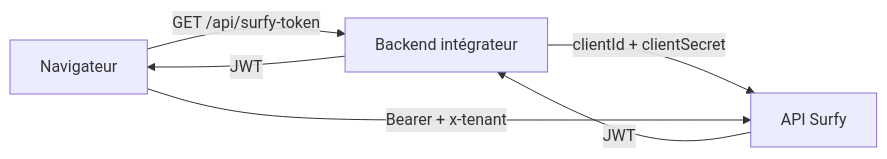
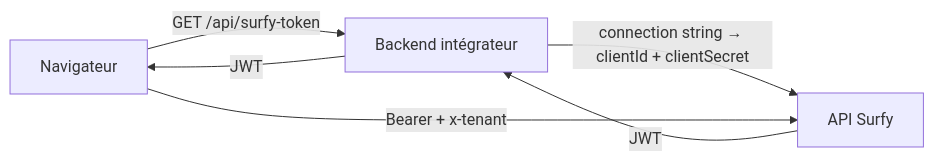
The diagram in entities/sdk/authentication.md (surfypro/surfy-help), drawn with Mermaid before and after one commit. The commit also changed other lines of this file and 5 other files, not shown here.

````diff
--- a/entities/sdk/authentication.md
+++ b/entities/sdk/authentication.md
@@ -12,12 +12,12 @@
 ```mermaid
 flowchart LR
   Browser["Navigateur"]
   Backend["Backend intégrateur"]
   Surfy["API Surfy"]
 
   Browser -->|"GET /api/surfy-token"| Backend
-  Backend -->|"clientId + clientSecret"| Surfy
+  Backend -->|"connection string → clientId + clientSecret"| Surfy
   Surfy -->|"JWT"| Backend
   Backend -->|"JWT"| Browser
   Browser -->|"Bearer + x-tenant"| Surfy
 ```
````
